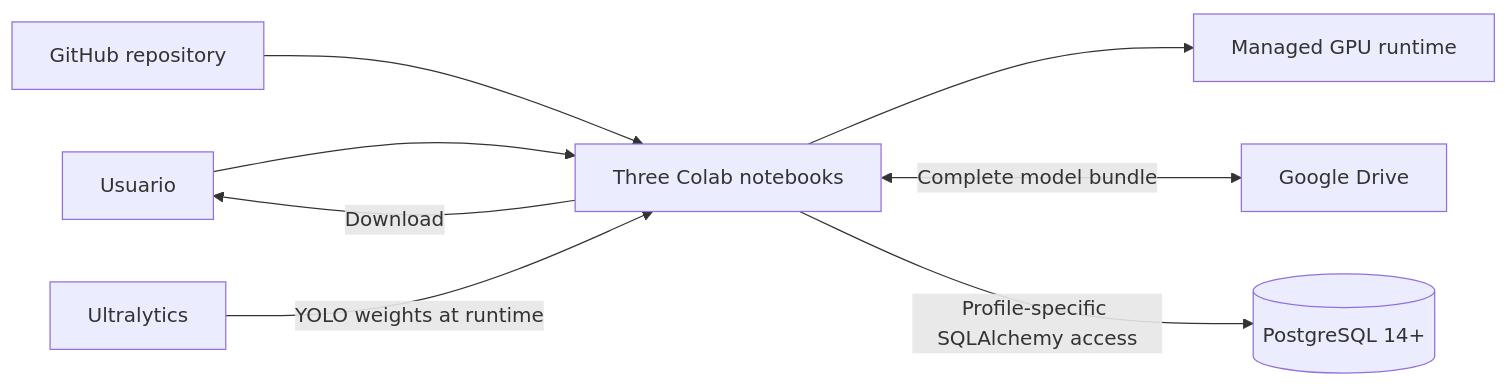
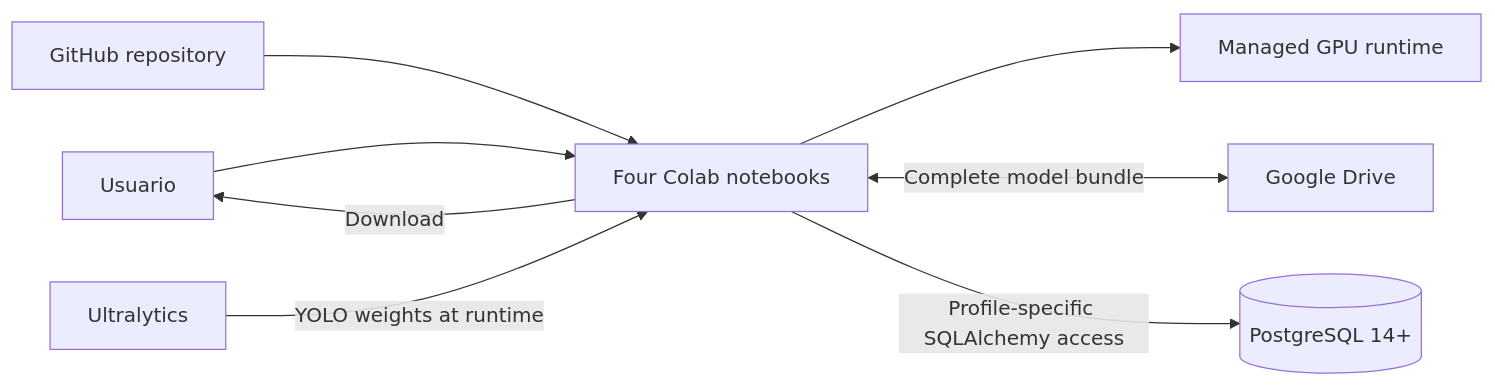
The diagram in docs/architecture/diagrams/colab-postgresql-architecture.md (aka-titesen/vaaet), drawn with Mermaid before and after one commit. The commit also changed other lines of this file and 39 other files, not shown here.

````diff
--- a/docs/architecture/diagrams/colab-postgresql-architecture.md
+++ b/docs/architecture/diagrams/colab-postgresql-architecture.md
@@ -3,10 +3,10 @@
 ```mermaid
 flowchart LR
-    U["Usuario"] --> N["Three Colab notebooks"]
+    U["Usuario"] --> N["Four Colab notebooks"]
     G["GitHub repository"] --> N
     N --> GPU["Managed GPU runtime"]
     Y["Ultralytics"] -->|"YOLO weights at runtime"| N
     N <-->|"Complete model bundle"| D["Google Drive"]
     N -->|"Profile-specific SQLAlchemy access"| P[("PostgreSQL 14+")]
     N -->|"Download"| U
 ```
````
